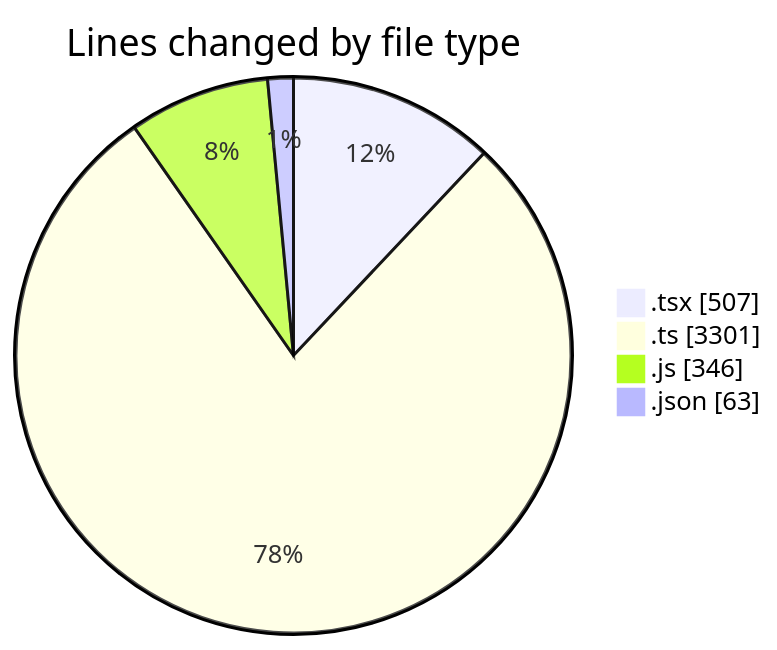
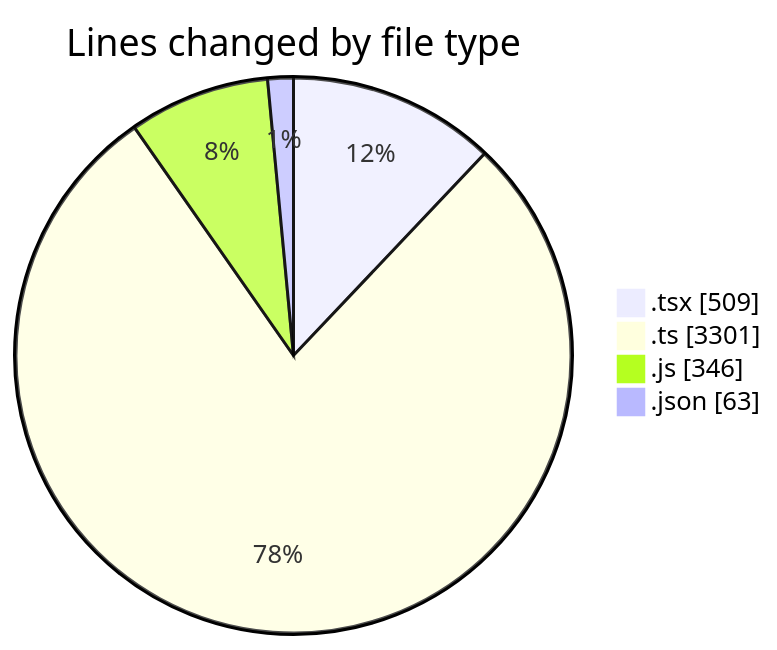
One commit to momahboobian/code-tracking changed the first of 2 diagrams in 2025-12-01/cda/README.md. Above: the diagram before and after it, drawn with Mermaid. The commit also changed other lines of this file and 1 other file, not shown here.

````diff
--- a/2025-12-01/cda/README.md
+++ b/2025-12-01/cda/README.md
@@ -29,8 +29,8 @@
 ```mermaid
 pie showData
 title Lines changed by file type
-".tsx" : 507
+".tsx" : 509
 ".ts" : 3301
 ".js" : 346
 ".json" : 63
 ```
````
